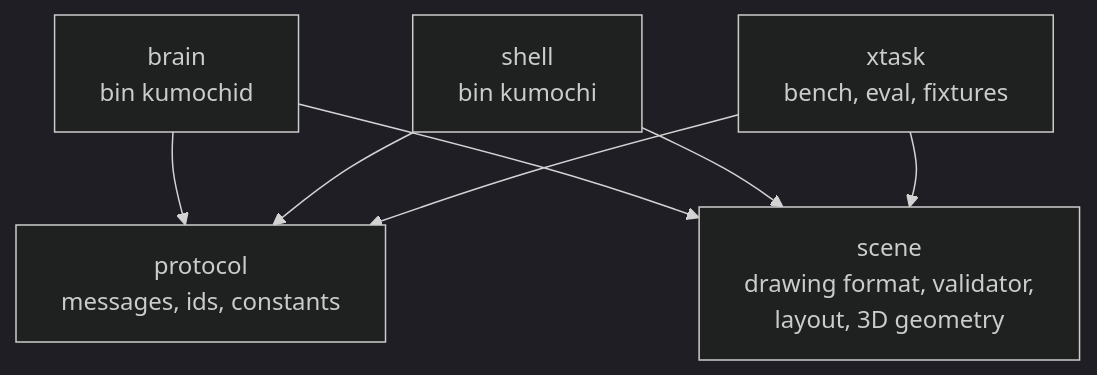
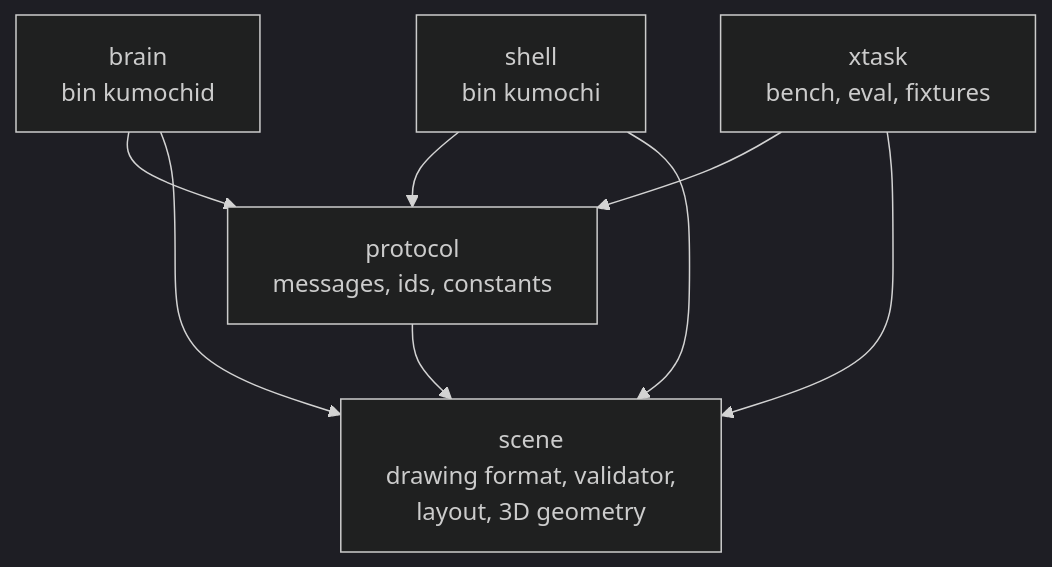
Before and after one commit to labcoder/capsula: the second of 7 diagrams in docs/development/architecture.md, drawn with Mermaid (dark theme). The commit also changed 17 other files, not shown here.

Commit message:
feat(protocol): stage bounded scene v1 messages

````diff
--- a/docs/development/architecture.md
+++ b/docs/development/architecture.md
@@ -52,14 +52,15 @@
 ```mermaid
 flowchart TD
   protocol["protocol<br/>messages, ids, constants"]
   scene["scene<br/>drawing format, validator,<br/>layout, 3D geometry"]
   brain["brain<br/>bin kumochid"]
   shell["shell<br/>bin kumochi"]
   xtask["xtask<br/>bench, eval, fixtures"]
   brain --> protocol
   brain --> scene
   shell --> protocol
   shell --> scene
   xtask --> protocol
   xtask --> scene
+  protocol --> scene
 ```
````
